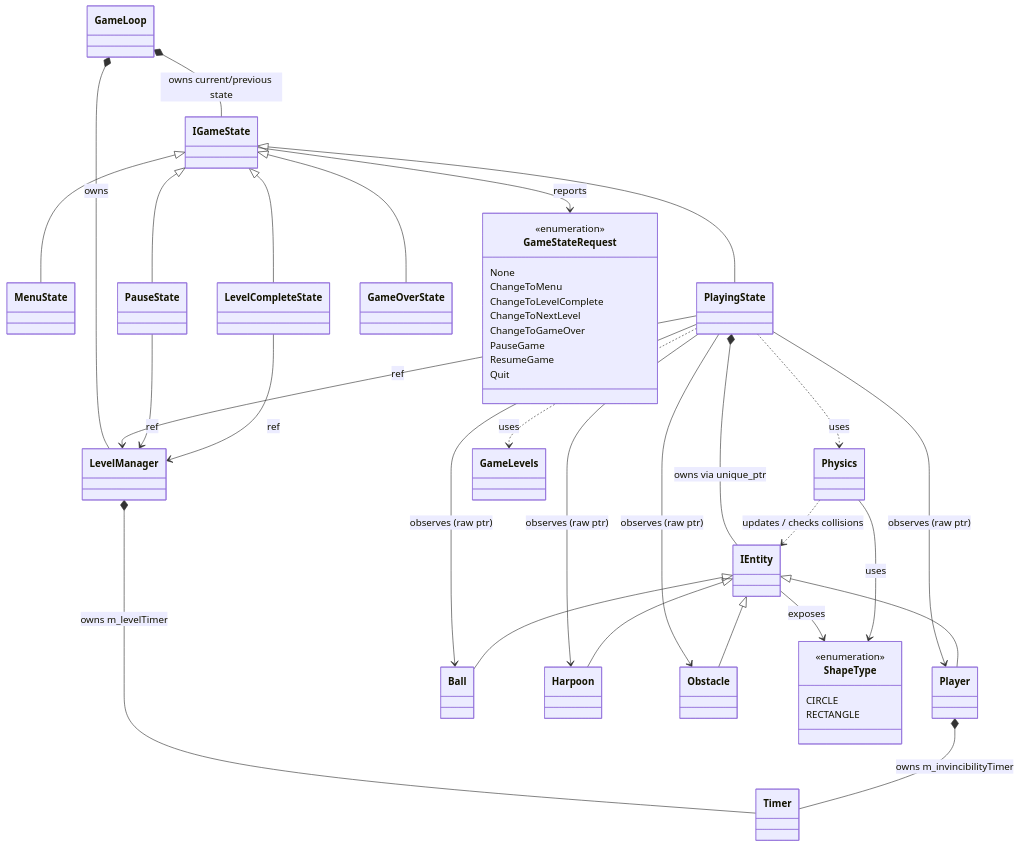
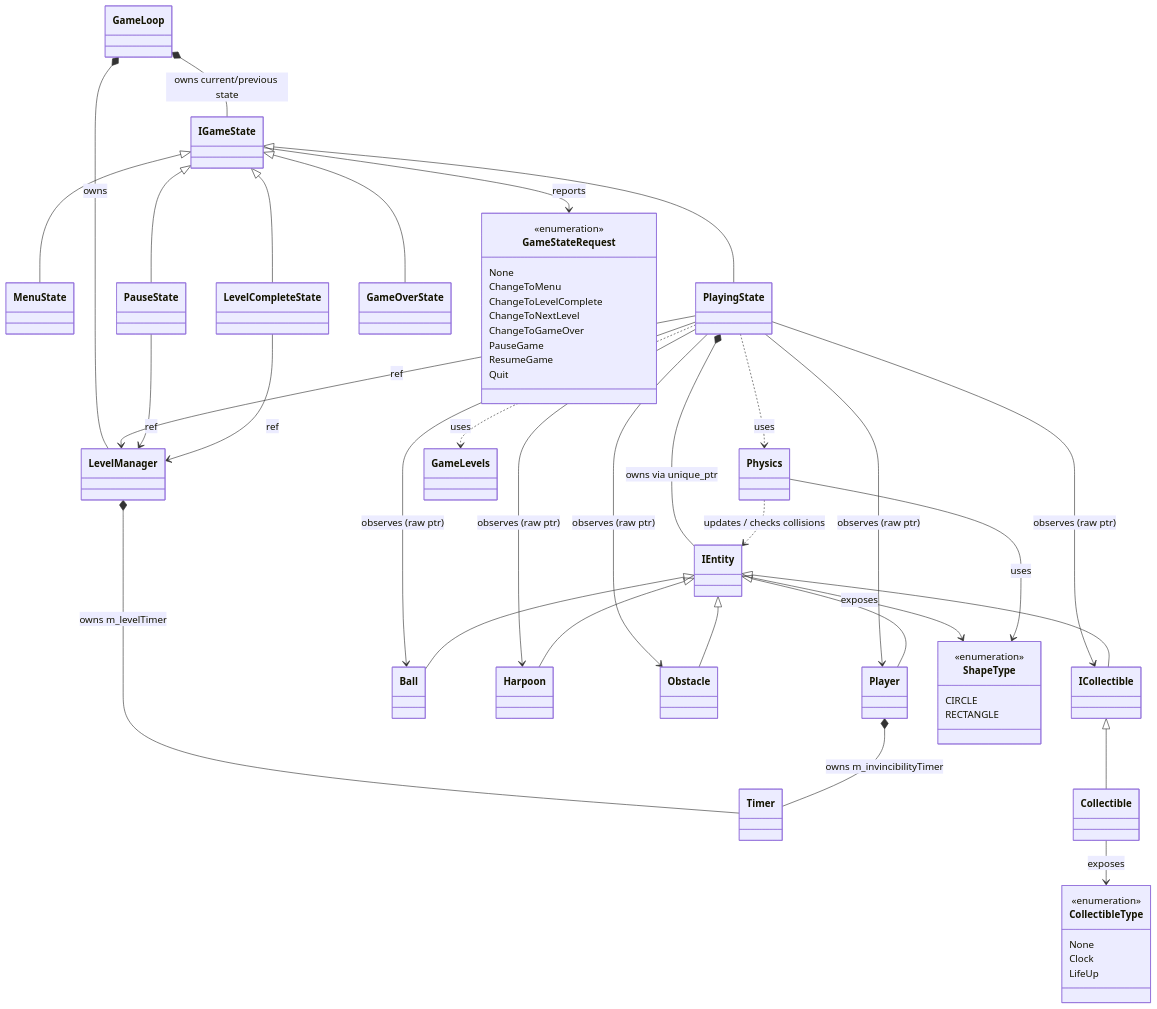
Before and after one commit to dciuca/cppang: the diagram in diagrams/classDiagram.md, drawn with Mermaid.

````diff
--- a/diagrams/classDiagram.md
+++ b/diagrams/classDiagram.md
@@ -1,69 +1,81 @@
 ```mermaid
 classDiagram
     class GameLoop
     class LevelManager
     class Timer
     class IGameState
     class MenuState
     class PlayingState
     class PauseState
     class LevelCompleteState
     class GameOverState
     class IEntity
     class Player
     class Ball
     class Harpoon
     class Obstacle
+    class ICollectible
+    class Collectible
     class Physics
     class GameLevels
     class GameStateRequest {
         <<enumeration>>
         None
         ChangeToMenu
         ChangeToLevelComplete
         ChangeToNextLevel
         ChangeToGameOver
         PauseGame
         ResumeGame
         Quit
     }
     class ShapeType {
         <<enumeration>>
         CIRCLE
         RECTANGLE
+    }
+    class CollectibleType {
+        <<enumeration>>
+        None
+        Clock
+        LifeUp
     }
 
     GameLoop *-- IGameState : owns current/previous state
     GameLoop *-- LevelManager : owns
 
     LevelManager *-- Timer : owns m_levelTimer
     Player *-- Timer : owns m_invincibilityTimer
 
     IGameState <|-- MenuState
     IGameState <|-- PlayingState
     IGameState <|-- PauseState
     IGameState <|-- LevelCompleteState
     IGameState <|-- GameOverState
     IGameState --> GameStateRequest : reports
 
     PlayingState --> LevelManager : ref
     PlayingState *-- IEntity : owns via unique_ptr
     PlayingState --> Player : observes (raw ptr)
     PlayingState --> Ball : observes (raw ptr)
     PlayingState --> Harpoon : observes (raw ptr)
     PlayingState --> Obstacle : observes (raw ptr)
+    PlayingState --> ICollectible : observes (raw ptr)
     PlayingState ..> Physics : uses
     PlayingState ..> GameLevels : uses
 
     PauseState --> LevelManager : ref
     LevelCompleteState --> LevelManager : ref
 
     IEntity <|-- Player
     IEntity <|-- Ball
     IEntity <|-- Harpoon
     IEntity <|-- Obstacle
+    IEntity <|-- ICollectible
+    ICollectible <|-- Collectible
 
     IEntity --> ShapeType : exposes
+    Collectible --> CollectibleType : exposes
     Physics ..> IEntity : updates / checks collisions
     Physics --> ShapeType : uses
 ```
````
